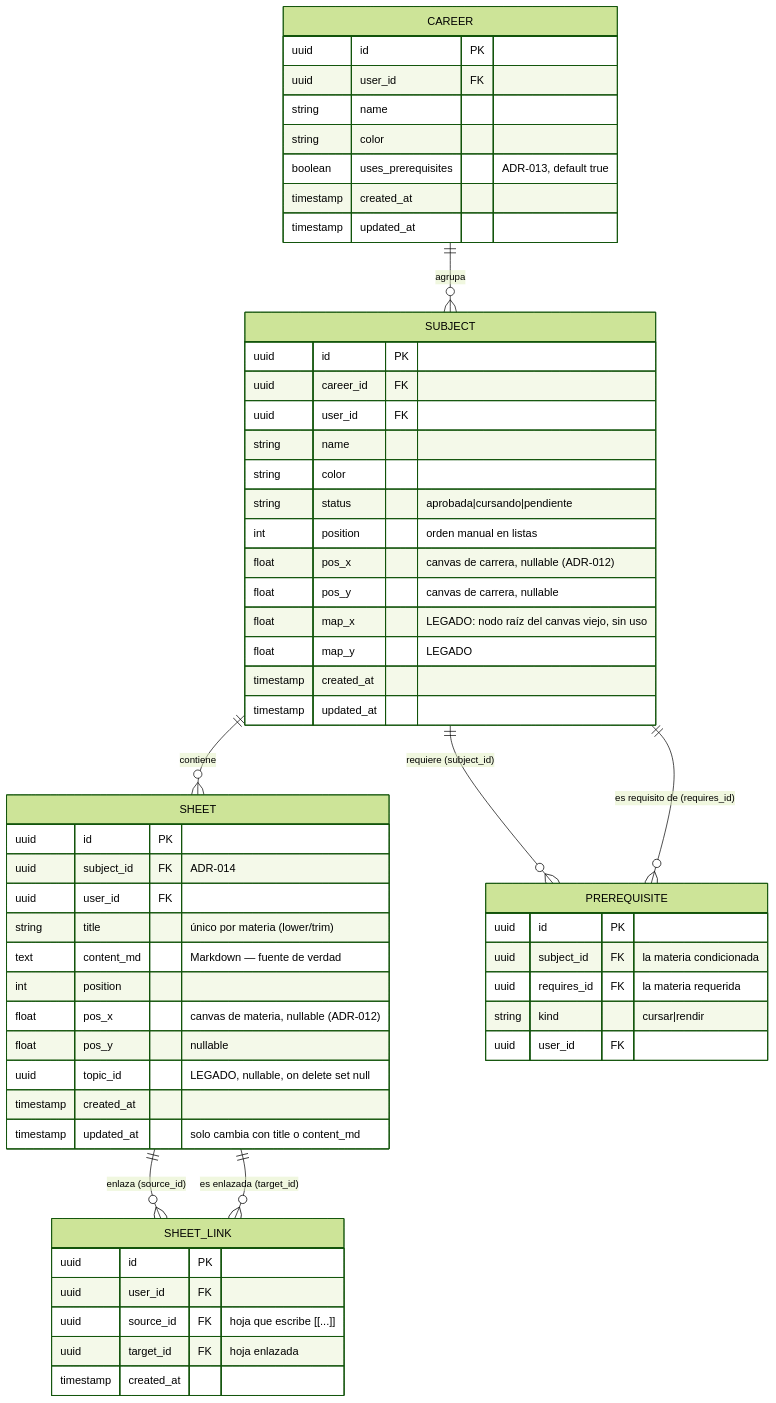
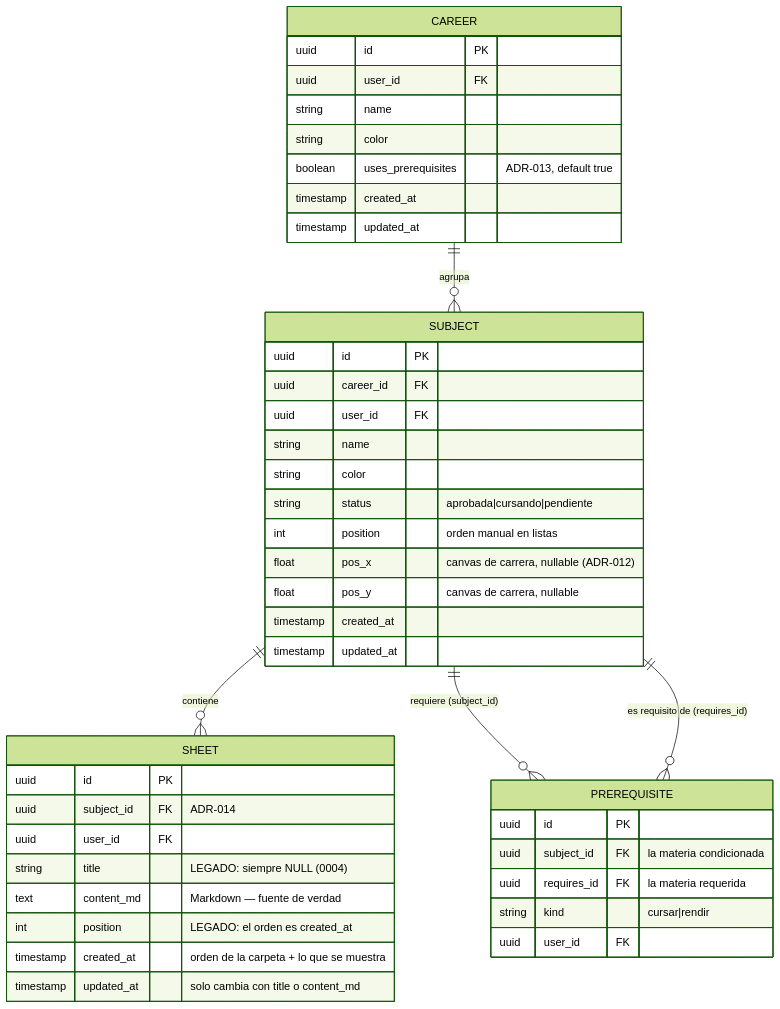
The diagram in docs/DB_SCHEMA.md (Code7C26/Studree), drawn with Mermaid (forest theme) before and after one commit. The commit also changed other lines of this file and 14 other files, not shown here.

Commit message:
docs: documentar la Carpeta (ADR-017, folder.md, DB_SCHEMA 0004, CHANGELOG 0.13.0)

````diff
--- a/docs/DB_SCHEMA.md
+++ b/docs/DB_SCHEMA.md
@@ -28,61 +27,47 @@
 ```mermaid
 erDiagram
     CAREER ||--o{ SUBJECT : agrupa
     SUBJECT ||--o{ SHEET : contiene
     SUBJECT ||--o{ PREREQUISITE : "requiere (subject_id)"
     SUBJECT ||--o{ PREREQUISITE : "es requisito de (requires_id)"
-    SHEET ||--o{ SHEET_LINK : "enlaza (source_id)"
-    SHEET ||--o{ SHEET_LINK : "es enlazada (target_id)"
 
     CAREER {
         uuid id PK
         uuid user_id FK
         string name
         string color
         boolean uses_prerequisites "ADR-013, default true"
         timestamp created_at
         timestamp updated_at
     }
     SUBJECT {
         uuid id PK
         uuid career_id FK
         uuid user_id FK
         string name
         string color
         string status "aprobada|cursando|pendiente"
         int position "orden manual en listas"
         float pos_x "canvas de carrera, nullable (ADR-012)"
         float pos_y "canvas de carrera, nullable"
-        float map_x "LEGADO: nodo raíz del canvas viejo, sin uso"
-        float map_y "LEGADO"
         timestamp created_at
         timestamp updated_at
     }
     PREREQUISITE {
         uuid id PK
         uuid subject_id FK "la materia condicionada"
         uuid requires_id FK "la materia requerida"
         string kind "cursar|rendir"
         uuid user_id FK
     }
     SHEET {
         uuid id PK
         uuid subject_id FK "ADR-014"
         uuid user_id FK
-        string title "único por materia (lower/trim)"
+        string title "LEGADO: siempre NULL (0004)"
         text content_md "Markdown — fuente de verdad"
-        int position
-        float pos_x "canvas de materia, nullable (ADR-012)"
-        float pos_y "nullable"
-        uuid topic_id "LEGADO, nullable, on delete set null"
-        timestamp created_at
+        int position "LEGADO: el orden es created_at"
+        timestamp created_at "orden de la carpeta + lo que se muestra"
         timestamp updated_at "solo cambia con title o content_md"
     }
-    SHEET_LINK {
-        uuid id PK
-        uuid user_id FK
-        uuid source_id FK "hoja que escribe [[...]]"
-        uuid target_id FK "hoja enlazada"
-        timestamp created_at
-    }
 ```
````
